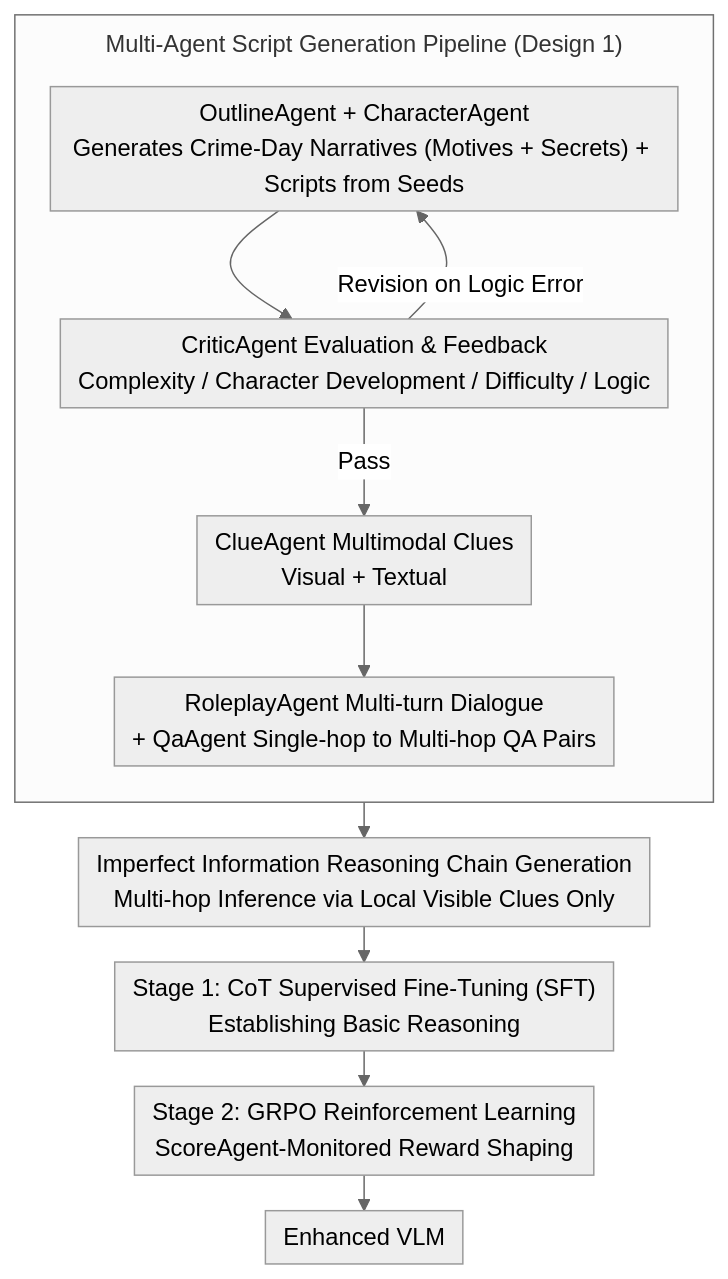
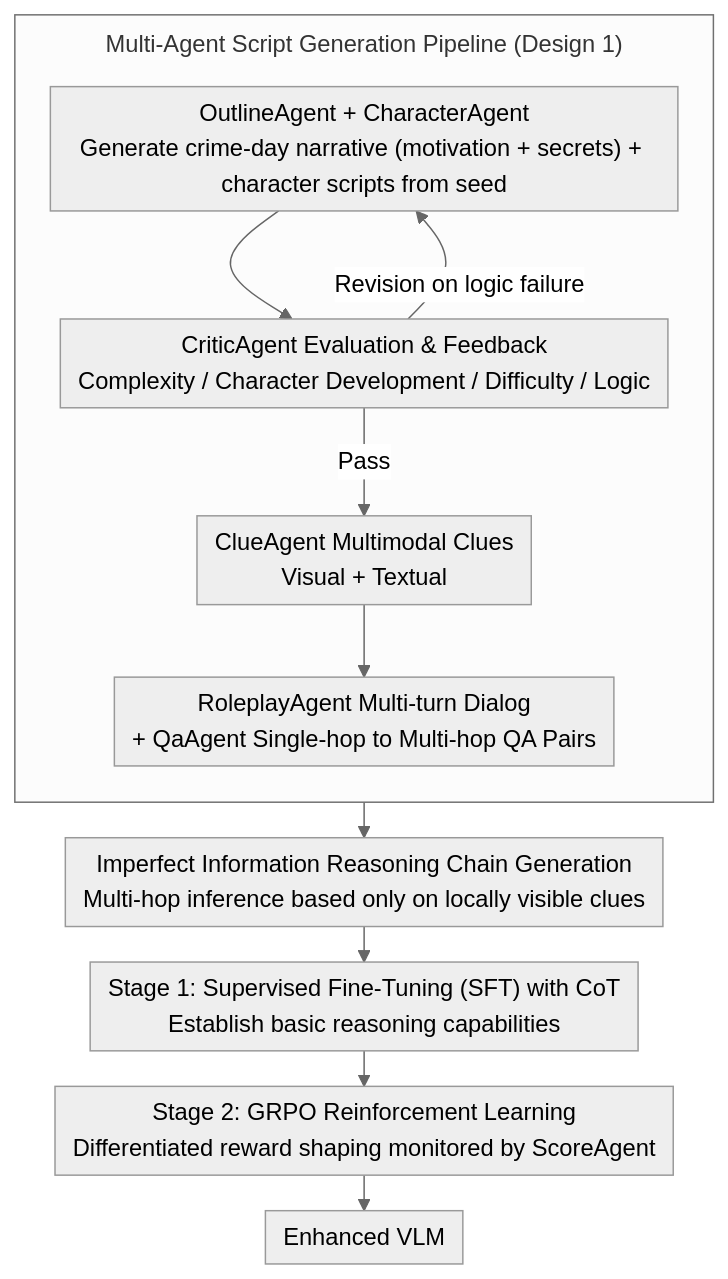
One commit to zhaoyang97/Paper-Notes-en changed the diagram in docs/ACL2026/multi_agent/collaborative_multi-agent_scripts_generation_for_enhancing_imperfect-information.md. Above: the diagram before and after it, drawn with Mermaid (neutral theme). The commit also changed other lines of this file and 5084 other files, not shown here.

````diff
--- a/docs/ACL2026/multi_agent/collaborative_multi-agent_scripts_generation_for_enhancing_imperfect-information.md
+++ b/docs/ACL2026/multi_agent/collaborative_multi-agent_scripts_generation_for_enhancing_imperfect-information.md
@@ -44,19 +44,19 @@
 ```mermaid
 %%{init: {'flowchart': {'rankSpacing': 24, 'nodeSpacing': 28, 'padding': 6, 'wrappingWidth': 400, 'subGraphTitleMargin': {'top': 8, 'bottom': 16}}}}%%
 flowchart TD
     subgraph GEN["Multi-Agent Script Generation Pipeline (Design 1)"]
         direction TB
-        A["OutlineAgent + CharacterAgent<br/>Generates Crime-Day Narratives (Motives + Secrets) + Scripts from Seeds"]
+        A["OutlineAgent + CharacterAgent<br/>Generate crime-day narrative (motivation + secrets) + character scripts from seed"]
         B["CriticAgent Evaluation & Feedback<br/>Complexity / Character Development / Difficulty / Logic"]
         C["ClueAgent Multimodal Clues<br/>Visual + Textual"]
-        D["RoleplayAgent Multi-turn Dialogue<br/>+ QaAgent Single-hop to Multi-hop QA Pairs"]
+        D["RoleplayAgent Multi-turn Dialog<br/>+ QaAgent Single-hop to Multi-hop QA Pairs"]
         A --> B
-        B -->|Revision on Logic Error| A
+        B -->|Revision on logic failure| A
         B -->|Pass| C
         C --> D
     end
-    D --> E["Imperfect Information Reasoning Chain Generation<br/>Multi-hop Inference via Local Visible Clues Only"]
-    E --> F["Stage 1: CoT Supervised Fine-Tuning (SFT)<br/>Establishing Basic Reasoning"]
-    F --> G["Stage 2: GRPO Reinforcement Learning<br/>ScoreAgent-Monitored Reward Shaping"]
+    D --> E["Imperfect Information Reasoning Chain Generation<br/>Multi-hop inference based only on locally visible clues"]
+    E --> F["Stage 1: Supervised Fine-Tuning (SFT) with CoT<br/>Establish basic reasoning capabilities"]
+    F --> G["Stage 2: GRPO Reinforcement Learning<br/>Differentiated reward shaping monitored by ScoreAgent"]
     G --> H["Enhanced VLM"]
 ```
````
